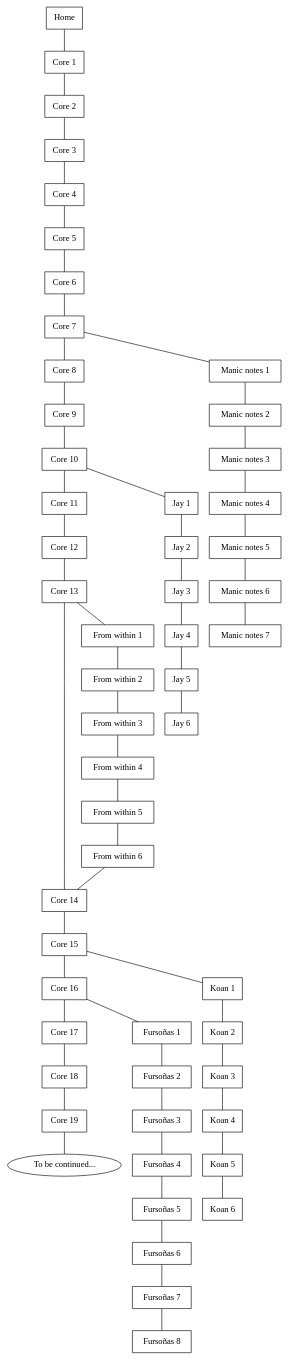
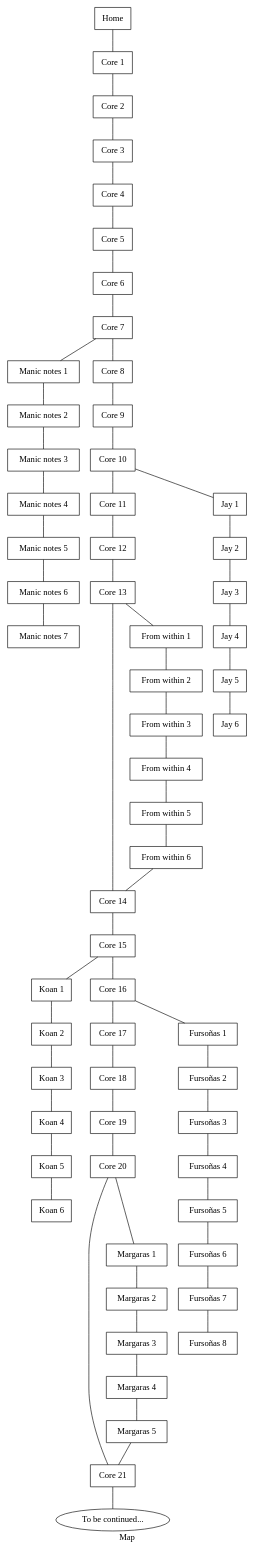
One commit to makyo/ally changed the diagram in static/map.dot. Above: the diagram before and after it, drawn with Graphviz. The commit also changed 10 other files, not shown here.

```diff
--- a/static/map.dot
+++ b/static/map.dot
@@ -1,81 +1,98 @@
-graph {
+graph Map {
     node[shape="box"]
-    node[group="core"];
-    Home [href="/"];
-    "Core 1" [href="/core/"];
-    "Core 2" [href="/core/page/2"];
-    "Core 3" [href="/core/page/3"];
-    "Core 4" [href="/core/page/4"];
-    "Core 5" [href="/core/page/5"];
-    "Core 6" [href="/core/page/6"];
-    "Core 7" [href="/core/page/7"];
-    "Core 8" [href="/core/page/8"];
-    "Core 9" [href="/core/page/9"];
-    "Core 10" [href="/core/page/10"];
-    "Core 11" [href="/core/page/11"];
-    "Core 12" [href="/core/page/12"];
-    "Core 13" [href="/core/page/13"];
-    "Core 14" [href="/core/page/14"];
-    "Core 15" [href="/core/page/15"];
-    "Core 16" [href="/core/page/16"];
-    "Core 17" [href="/core/page/17"];
-    "Core 18" [href="/core/page/18"];
-    "Core 19" [href="/core/page/19"];
-    "To be continued..." [shape="oval"];
+    label="Map"
+
+    node[group="koan"]
+    "Koan 1" [href="/koan/"]
+    "Koan 2" [href="/koan/page/2"]
+    "Koan 3" [href="/koan/page/3"]
+    "Koan 4" [href="/koan/page/4"]
+    "Koan 5" [href="/koan/page/5"]
+    "Koan 6" [href="/koan/page/6"]
     node[group=""]
 
-    Home -- "Core 1" -- "Core 2" -- "Core 3" -- "Core 4" -- "Core 5" -- "Core 6" -- "Core 7" -- "Core 8" -- "Core 9" -- "Core 10" -- "Core 11" -- "Core 12" -- "Core 13" -- "Core 14" -- "Core 15" -- "Core 16" -- "Core 17" -- "Core 18" -- "Core 19" -- "To be continued...";
+    node[group="mania"]
+    "Manic notes 1" [href="/mania/"]
+    "Manic notes 2" [href="/mania/page/2"]
+    "Manic notes 3" [href="/mania/page/3"]
+    "Manic notes 4" [href="/mania/page/4"]
+    "Manic notes 5" [href="/mania/page/5"]
+    "Manic notes 6" [href="/mania/page/6"]
+    "Manic notes 7" [href="/mania/page/7"]
+    node[group=""]
 
-    node[group="mania"]
-    "Manic notes 1" [href="/mania/"];
-    "Manic notes 2" [href="/mania/page/2"];
-    "Manic notes 3" [href="/mania/page/3"];
-    "Manic notes 4" [href="/mania/page/4"];
-    "Manic notes 5" [href="/mania/page/5"];
-    "Manic notes 6" [href="/mania/page/6"];
-    "Manic notes 7" [href="/mania/page/7"];
+    node[group="core"]
+    Home [href="/"]
+    "Core 1" [href="/core/"]
+    "Core 2" [href="/core/page/2"]
+    "Core 3" [href="/core/page/3"]
+    "Core 4" [href="/core/page/4"]
+    "Core 5" [href="/core/page/5"]
+    "Core 6" [href="/core/page/6"]
+    "Core 7" [href="/core/page/7"]
+    "Core 8" [href="/core/page/8"]
+    "Core 9" [href="/core/page/9"]
+    "Core 10" [href="/core/page/10"]
+    "Core 11" [href="/core/page/11"]
+    "Core 12" [href="/core/page/12"]
+    "Core 13" [href="/core/page/13"]
+    "Core 14" [href="/core/page/14"]
+    "Core 15" [href="/core/page/15"]
+    "Core 16" [href="/core/page/16"]
+    "Core 17" [href="/core/page/17"]
+    "Core 18" [href="/core/page/18"]
+    "Core 19" [href="/core/page/19"]
+    "Core 19" [href="/core/page/20"]
+    "Core 19" [href="/core/page/21"]
+    "To be continued..." [shape="oval"]
     node[group=""]
-    "Core 7" -- "Manic notes 1" -- "Manic notes 2" -- "Manic notes 3" -- "Manic notes 4" -- "Manic notes 5" -- "Manic notes 6" -- "Manic notes 7";
+
+    Home -- "Core 1" -- "Core 2" -- "Core 3" -- "Core 4" -- "Core 5" -- "Core 6" -- "Core 7" -- "Core 8" -- "Core 9" -- "Core 10" -- "Core 11" -- "Core 12" -- "Core 13" -- "Core 14" -- "Core 15" -- "Core 16" -- "Core 17" -- "Core 18" -- "Core 19" -- "Core 20" -- "Core 21" -- "To be continued..."
+
+    "Core 7" -- "Manic notes 1" -- "Manic notes 2" -- "Manic notes 3" -- "Manic notes 4" -- "Manic notes 5" -- "Manic notes 6" -- "Manic notes 7"
 
     node[group="jay"]
-    "Jay 1" [href="/jay/"];
-    "Jay 2" [href="/jay/page/2"];
-    "Jay 3" [href="/jay/page/3"];
-    "Jay 4" [href="/jay/page/4"];
-    "Jay 5" [href="/jay/page/5"];
-    "Jay 6" [href="/jay/page/6"];
+    "Jay 1" [href="/jay/"]
+    "Jay 2" [href="/jay/page/2"]
+    "Jay 3" [href="/jay/page/3"]
+    "Jay 4" [href="/jay/page/4"]
+    "Jay 5" [href="/jay/page/5"]
+    "Jay 6" [href="/jay/page/6"]
     node[group=""]
-    "Core 10" -- "Jay 1" -- "Jay 2" -- "Jay 3" -- "Jay 4" -- "Jay 5" -- "Jay 6";
+    "Core 10" -- "Jay 1" -- "Jay 2" -- "Jay 3" -- "Jay 4" -- "Jay 5" -- "Jay 6"
 
     node[group="from-within"]
-    "From within 1" [href="/from-within/"];
-    "From within 2" [href="/from-within/2"];
-    "From within 3" [href="/from-within/3"];
-    "From within 4" [href="/from-within/4"];
-    "From within 5" [href="/from-within/5"];
-    "From within 6" [href="/from-within/i-guess.."];
+    "From within 1" [href="/from-within/"]
+    "From within 2" [href="/from-within/2"]
+    "From within 3" [href="/from-within/3"]
+    "From within 4" [href="/from-within/4"]
+    "From within 5" [href="/from-within/5"]
+    "From within 6" [href="/from-within/i-guess.."]
     node[group=""]
-    "Core 13" -- "From within 1" -- "From within 2" -- "From within 3" -- "From within 4" -- "From within 5" -- "From within 6" -- "Core 14";
+    "Core 13" -- "From within 1" -- "From within 2" -- "From within 3" -- "From within 4" -- "From within 5" -- "From within 6" -- "Core 14"
 
-    node[group="koan"]
-    "Koan 1" [href="/koan/"];
-    "Koan 2" [href="/koan/page/2"];
-    "Koan 3" [href="/koan/page/3"];
-    "Koan 4" [href="/koan/page/4"];
-    "Koan 5" [href="/koan/page/5"];
-    "Koan 6" [href="/koan/page/6"];
-    node[group=""]
-    "Core 15" -- "Koan 1" -- "Koan 2" -- "Koan 3" -- "Koan 4" -- "Koan 5" -- "Koan 6";
+    "Core 15" -- "Koan 1" [weight=1]
+    "Koan 1" -- "Koan 2" -- "Koan 3" -- "Koan 4" -- "Koan 5" -- "Koan 6"
 
     node[group="fursona"]
-    "Fursoñas 1" [href="/fursona/"];
-    "Fursoñas 2" [href="/fursona/page/2"];
-    "Fursoñas 3" [href="/fursona/page/3"];
-    "Fursoñas 4" [href="/fursona/page/4"];
-    "Fursoñas 5" [href="/fursona/page/5"];
-    "Fursoñas 6" [href="/fursona/page/6"];
-    "Fursoñas 7" [href="/fursona/page/7"];
-    "Fursoñas 8" [href="/fursona/page/8"];
+    "Fursoñas 1" [href="/fursona/"]
+    "Fursoñas 2" [href="/fursona/page/2"]
+    "Fursoñas 3" [href="/fursona/page/3"]
+    "Fursoñas 4" [href="/fursona/page/4"]
+    "Fursoñas 5" [href="/fursona/page/5"]
+    "Fursoñas 6" [href="/fursona/page/6"]
+    "Fursoñas 7" [href="/fursona/page/7"]
+    "Fursoñas 8" [href="/fursona/page/8"]
     node[group=""]
-    "Core 16" -- "Fursoñas 1" -- "Fursoñas 2" -- "Fursoñas 3" -- "Fursoñas 4" -- "Fursoñas 5" -- "Fursoñas 6" -- "Fursoñas 7" -- "Fursoñas 8";
+    "Core 16" -- "Fursoñas 1" -- "Fursoñas 2" -- "Fursoñas 3" -- "Fursoñas 4" -- "Fursoñas 5" -- "Fursoñas 6" -- "Fursoñas 7" -- "Fursoñas 8"
+
+    node[group="margaras"]
+    "Margaras 1" [href="/margaras"]
+    "Margaras 2" [href="/margaras/page/2"]
+    "Margaras 3" [href="/margaras/page/3"]
+    "Margaras 4" [href="/margaras/page/4"]
+    "Margaras 5" [href="/margaras/page/5"]
+    node[group=""]
+    "Core 20" -- "Margaras 1" [minlen=2]
+    "Margaras 1" -- "Margaras 2" -- "Margaras 3" -- "Margaras 4" -- "Margaras 5" -- "Core 21"
 }
```
